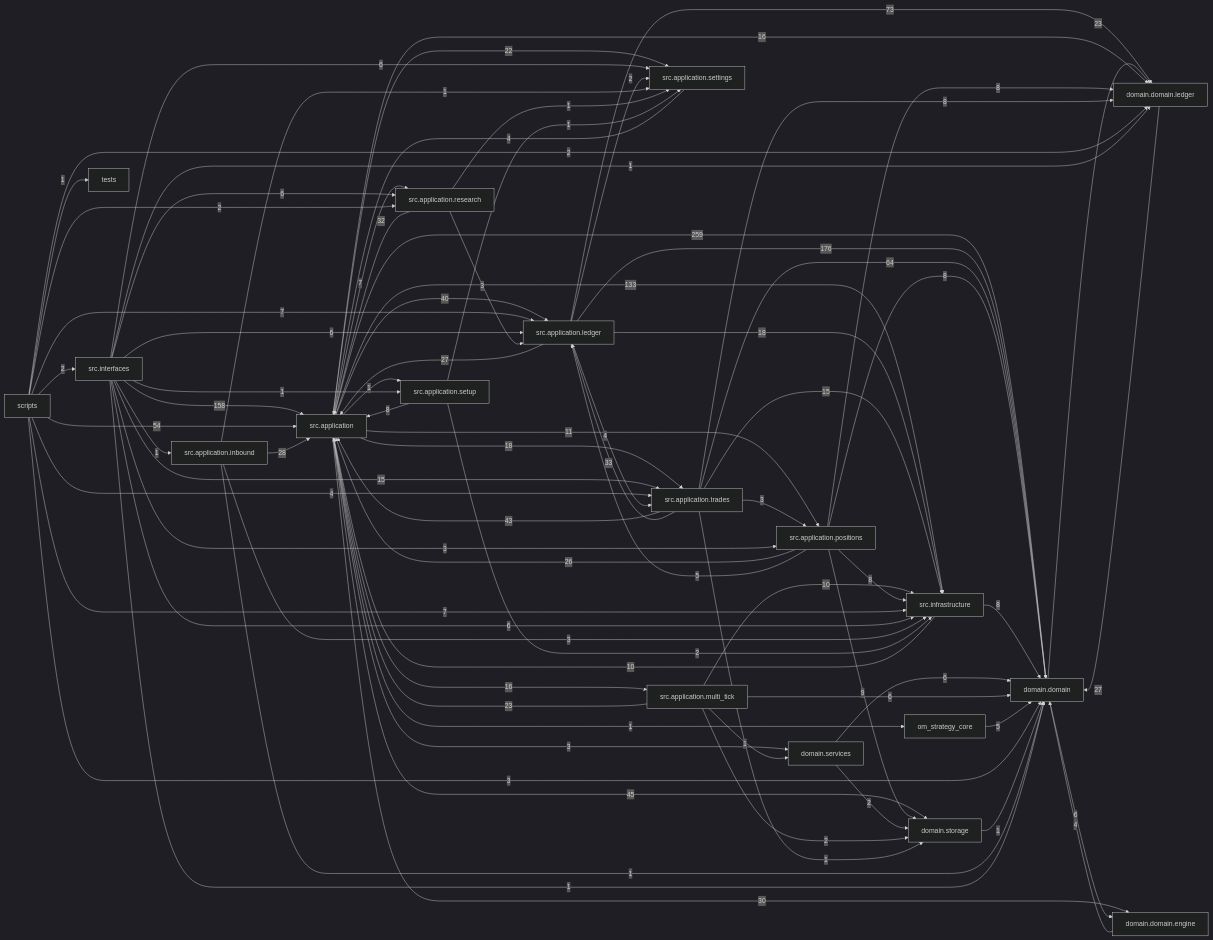
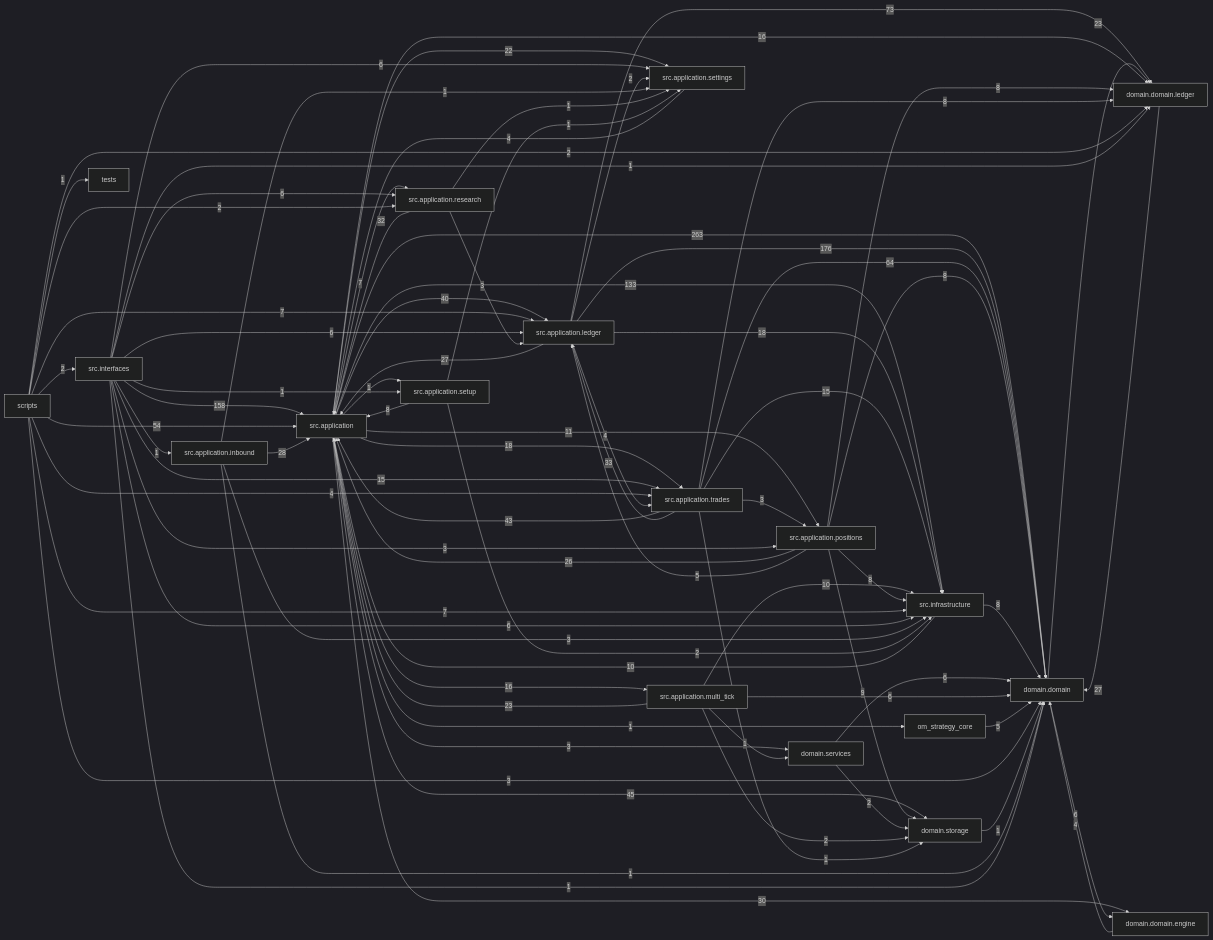
One commit to liuxie066/options-monitor changed the diagram in docs/dependency_graph.mmd. Above: the diagram before and after it, drawn with Mermaid (dark theme). The commit also changed 26 other files, not shown here.

```diff
--- a/docs/dependency_graph.mmd
+++ b/docs/dependency_graph.mmd
@@ -1,80 +1,80 @@
 flowchart LR
-  src_application["src.application"] -->|259| domain_domain["domain.domain"]
+  src_application["src.application"] -->|263| domain_domain["domain.domain"]
   src_application_ledger["src.application.ledger"] -->|176| domain_domain["domain.domain"]
   src_interfaces["src.interfaces"] -->|158| src_application["src.application"]
   src_application["src.application"] -->|133| src_infrastructure["src.infrastructure"]
   src_application_ledger["src.application.ledger"] -->|73| domain_domain_ledger["domain.domain.ledger"]
   src_application_trades["src.application.trades"] -->|64| domain_domain["domain.domain"]
   scripts["scripts"] -->|54| src_application["src.application"]
   src_application["src.application"] -->|45| domain_storage["domain.storage"]
   src_application_trades["src.application.trades"] -->|43| src_application["src.application"]
   src_application["src.application"] -->|40| src_application_ledger["src.application.ledger"]
   src_application_trades["src.application.trades"] -->|33| src_application_ledger["src.application.ledger"]
   src_application_research["src.application.research"] -->|32| src_application["src.application"]
   src_application["src.application"] -->|30| domain_domain_engine["domain.domain.engine"]
   src_application_inbound["src.application.inbound"] -->|28| src_application["src.application"]
   domain_domain_ledger["domain.domain.ledger"] -->|27| domain_domain["domain.domain"]
   src_application_ledger["src.application.ledger"] -->|27| src_application["src.application"]
   src_application_positions["src.application.positions"] -->|26| src_application["src.application"]
   domain_domain["domain.domain"] -->|23| domain_domain_ledger["domain.domain.ledger"]
   src_application_multi_tick["src.application.multi_tick"] -->|23| src_application["src.application"]
   src_application["src.application"] -->|22| src_application_settings["src.application.settings"]
   src_application["src.application"] -->|18| src_application_trades["src.application.trades"]
   src_application_ledger["src.application.ledger"] -->|18| src_infrastructure["src.infrastructure"]
   src_application["src.application"] -->|16| domain_domain_ledger["domain.domain.ledger"]
   src_application["src.application"] -->|16| src_application_multi_tick["src.application.multi_tick"]
   src_application_trades["src.application.trades"] -->|15| src_infrastructure["src.infrastructure"]
   src_interfaces["src.interfaces"] -->|15| src_application_trades["src.application.trades"]
   src_application["src.application"] -->|11| src_application_positions["src.application.positions"]
   src_application_multi_tick["src.application.multi_tick"] -->|10| src_infrastructure["src.infrastructure"]
   src_infrastructure["src.infrastructure"] -->|10| src_application["src.application"]
   src_application_positions["src.application.positions"] -->|9| domain_storage["domain.storage"]
   src_application_positions["src.application.positions"] -->|8| domain_domain["domain.domain"]
   src_application_positions["src.application.positions"] -->|8| domain_domain_ledger["domain.domain.ledger"]
   src_application_positions["src.application.positions"] -->|8| src_infrastructure["src.infrastructure"]
   src_application_setup["src.application.setup"] -->|8| src_application["src.application"]
   src_application_trades["src.application.trades"] -->|8| domain_domain_ledger["domain.domain.ledger"]
   src_infrastructure["src.infrastructure"] -->|8| domain_domain["domain.domain"]
   scripts["scripts"] -->|7| src_application_ledger["src.application.ledger"]
   scripts["scripts"] -->|7| src_infrastructure["src.infrastructure"]
   src_application["src.application"] -->|7| src_application_research["src.application.research"]
   domain_domain["domain.domain"] -->|6| domain_domain_engine["domain.domain.engine"]
   domain_services["domain.services"] -->|6| domain_domain["domain.domain"]
   src_application_multi_tick["src.application.multi_tick"] -->|6| domain_domain["domain.domain"]
   src_interfaces["src.interfaces"] -->|6| src_application_ledger["src.application.ledger"]
   src_interfaces["src.interfaces"] -->|6| src_application_research["src.application.research"]
   src_interfaces["src.interfaces"] -->|6| src_application_settings["src.application.settings"]
   src_interfaces["src.interfaces"] -->|6| src_infrastructure["src.infrastructure"]
   om_strategy_core["om_strategy_core"] -->|5| domain_domain["domain.domain"]
   src_application_positions["src.application.positions"] -->|5| src_application_ledger["src.application.ledger"]
   domain_domain_engine["domain.domain.engine"] -->|4| domain_domain["domain.domain"]
   scripts["scripts"] -->|4| src_application_trades["src.application.trades"]
   src_application_ledger["src.application.ledger"] -->|4| src_application_trades["src.application.trades"]
   src_application_settings["src.application.settings"] -->|4| src_application["src.application"]
   scripts["scripts"] -->|3| domain_domain["domain.domain"]
   src_application["src.application"] -->|3| domain_services["domain.services"]
   src_application_inbound["src.application.inbound"] -->|3| src_infrastructure["src.infrastructure"]
   src_application_research["src.application.research"] -->|3| src_application_ledger["src.application.ledger"]
   src_application_trades["src.application.trades"] -->|3| src_application_positions["src.application.positions"]
   src_interfaces["src.interfaces"] -->|3| src_application_positions["src.application.positions"]
   domain_services["domain.services"] -->|2| domain_storage["domain.storage"]
   scripts["scripts"] -->|2| domain_domain_ledger["domain.domain.ledger"]
   scripts["scripts"] -->|2| src_application_research["src.application.research"]
   scripts["scripts"] -->|2| src_interfaces["src.interfaces"]
   src_application_ledger["src.application.ledger"] -->|2| src_application_settings["src.application.settings"]
   src_application_multi_tick["src.application.multi_tick"] -->|2| domain_storage["domain.storage"]
   src_application_setup["src.application.setup"] -->|2| src_infrastructure["src.infrastructure"]
   domain_storage["domain.storage"] -->|1| domain_domain["domain.domain"]
   scripts["scripts"] -->|1| tests["tests"]
   src_application["src.application"] -->|1| om_strategy_core["om_strategy_core"]
   src_application["src.application"] -->|1| src_application_setup["src.application.setup"]
   src_application_inbound["src.application.inbound"] -->|1| domain_domain["domain.domain"]
   src_application_inbound["src.application.inbound"] -->|1| src_application_settings["src.application.settings"]
   src_application_multi_tick["src.application.multi_tick"] -->|1| domain_services["domain.services"]
   src_application_research["src.application.research"] -->|1| src_application_settings["src.application.settings"]
   src_application_setup["src.application.setup"] -->|1| src_application_settings["src.application.settings"]
   src_application_trades["src.application.trades"] -->|1| domain_storage["domain.storage"]
   src_interfaces["src.interfaces"] -->|1| domain_domain["domain.domain"]
   src_interfaces["src.interfaces"] -->|1| domain_domain_ledger["domain.domain.ledger"]
   src_interfaces["src.interfaces"] -->|1| src_application_inbound["src.application.inbound"]
   src_interfaces["src.interfaces"] -->|1| src_application_setup["src.application.setup"]
```
